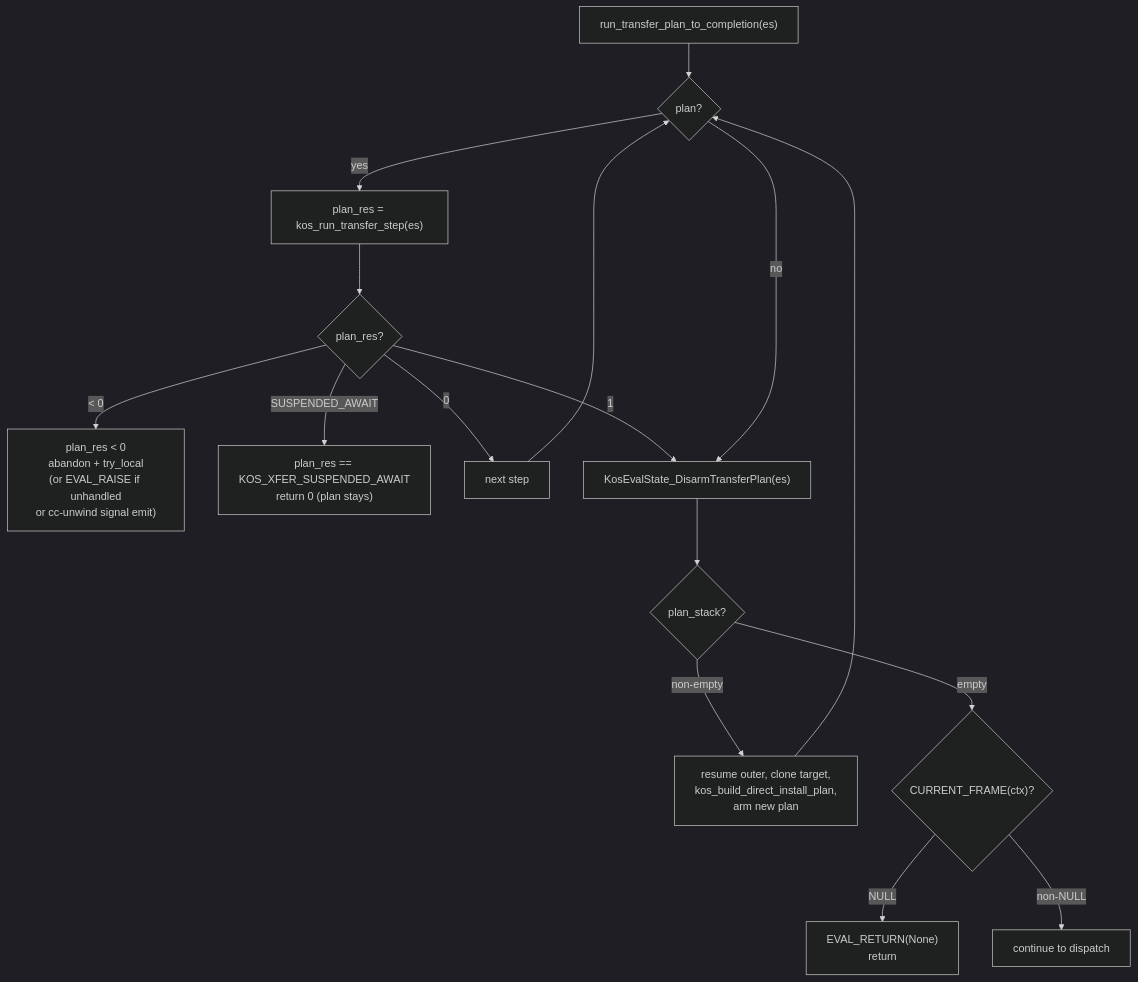
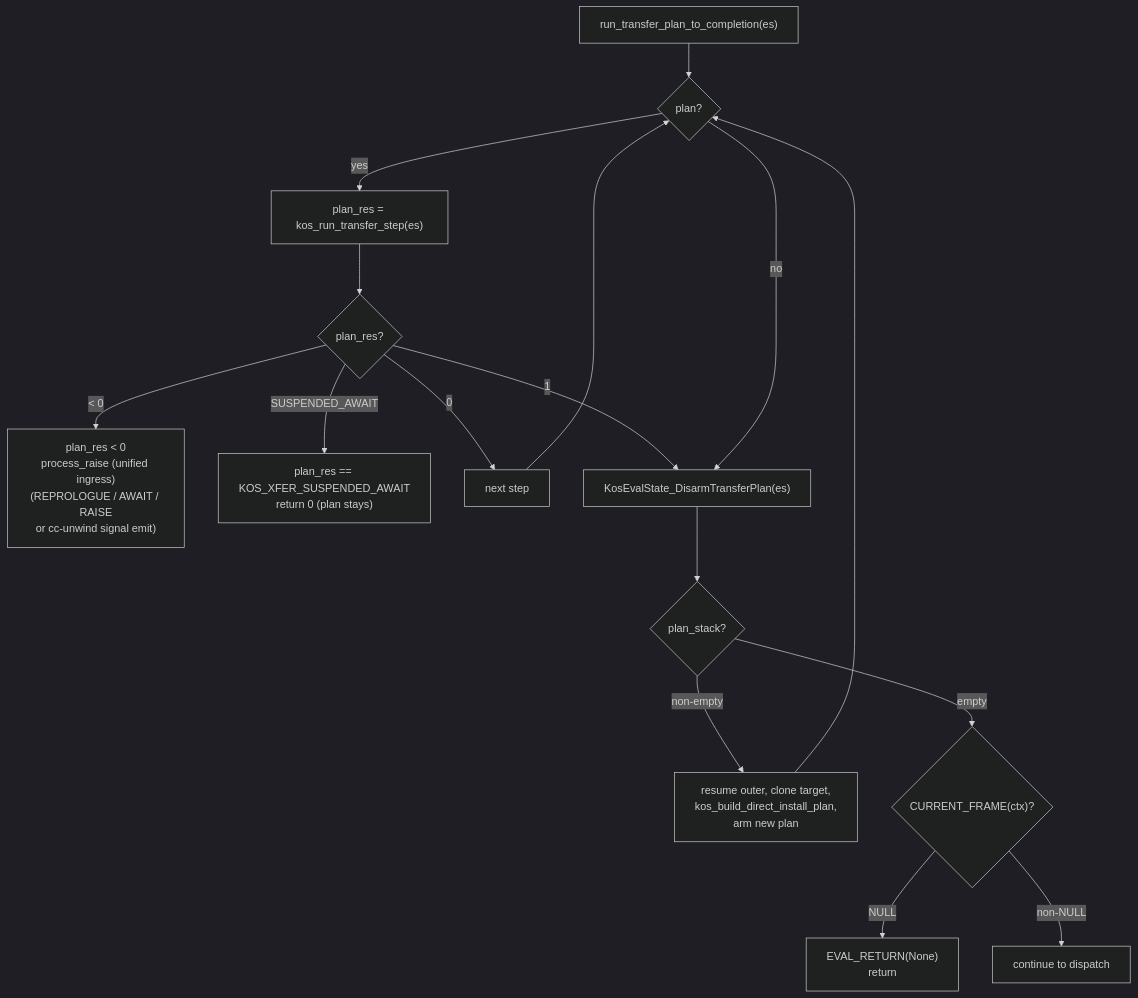
The fourth of 11 diagrams in design/EVALUATOR.md (koskari-lang/koskari), drawn with Mermaid (dark theme) before and after one commit. The commit also changed other lines of this file and 8 other files, not shown here.

First line of the commit message:
eval: unify RAISE ingress on process_raise

````diff
--- a/design/EVALUATOR.md
+++ b/design/EVALUATOR.md
@@ -262,31 +261,31 @@
 ```mermaid
 flowchart TD
     start["run_transfer_plan_to_completion(es)"]
     has_plan{"plan?"}
     step["plan_res = kos_run_transfer_step(es)"]
     step_check{"plan_res?"}
-    fail["plan_res < 0<br/>abandon + try_local<br/>(or EVAL_RAISE if unhandled<br/>or cc-unwind signal emit)"]
+    fail["plan_res < 0<br/>process_raise (unified ingress)<br/>(REPROLOGUE / AWAIT / RAISE<br/>or cc-unwind signal emit)"]
     suspend["plan_res == KOS_XFER_SUSPENDED_AWAIT<br/>return 0 (plan stays)"]
     next_step["next step"]
     clear["KosEvalState_DisarmTransferPlan(es)"]
     stack_check{"plan_stack?"}
     replan["resume outer, clone target,<br/>kos_build_direct_install_plan,<br/>arm new plan"]
     frame_check{"CURRENT_FRAME(ctx)?"}
     ret_none["EVAL_RETURN(None)<br/>return"]
 
     start --> has_plan
     has_plan -->|yes| step
     step --> step_check
     step_check -->|< 0| fail
     step_check -->|SUSPENDED_AWAIT| suspend
     step_check -->|1| clear
     step_check -->|0| next_step
     next_step --> has_plan
     has_plan -->|no| clear
     clear --> stack_check
     stack_check -->|non-empty| replan
     replan --> has_plan
     stack_check -->|empty| frame_check
     frame_check -->|NULL| ret_none
     frame_check -->|non-NULL| loop_next["continue to dispatch"]
 ```
````
